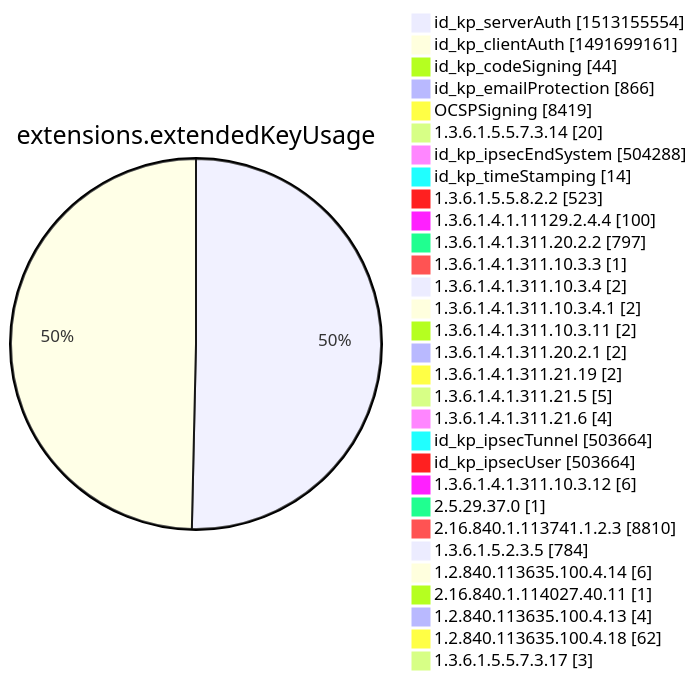
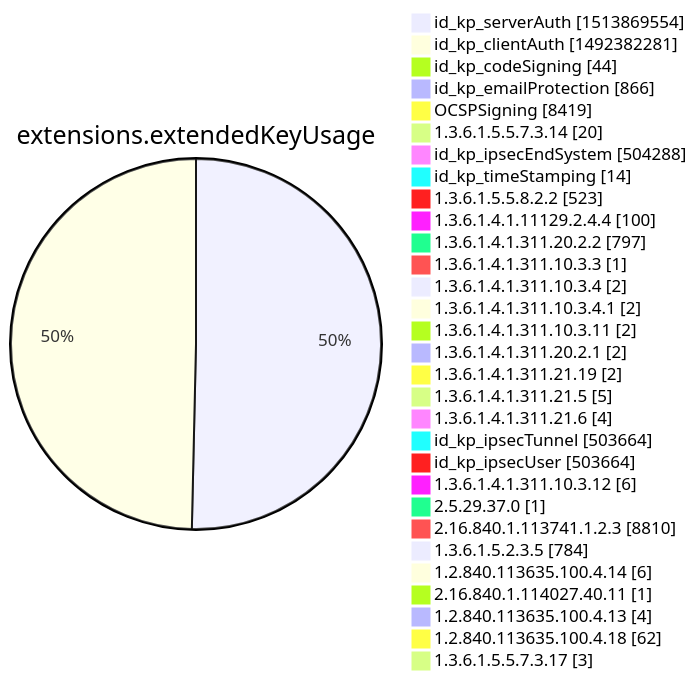
Before and after one commit to christiankrug/ctmonitor_visualization: diagram 12 of 15 in argon2022/README.md, drawn with Mermaid. The commit also changed other lines of this file, not shown here.

````diff
--- a/argon2022/README.md
+++ b/argon2022/README.md
@@ -3555,34 +3555,34 @@
 ```mermaid
 pie showData
 title extensions.extendedKeyUsage
-"id_kp_serverAuth" :1513155554
-"id_kp_clientAuth" :1491699161
+"id_kp_serverAuth" :1513869554
+"id_kp_clientAuth" :1492382281
 "id_kp_codeSigning" :44
 "id_kp_emailProtection" :866
 "OCSPSigning" :8419
 "1.3.6.1.5.5.7.3.14" :20
 "id_kp_ipsecEndSystem" :504288
 "id_kp_timeStamping" :14
 "1.3.6.1.5.5.8.2.2" :523
 "1.3.6.1.4.1.11129.2.4.4" :100
 "1.3.6.1.4.1.311.20.2.2" :797
 "1.3.6.1.4.1.311.10.3.3" :1
 "1.3.6.1.4.1.311.10.3.4" :2
 "1.3.6.1.4.1.311.10.3.4.1" :2
 "1.3.6.1.4.1.311.10.3.11" :2
 "1.3.6.1.4.1.311.20.2.1" :2
 "1.3.6.1.4.1.311.21.19" :2
 "1.3.6.1.4.1.311.21.5" :5
 "1.3.6.1.4.1.311.21.6" :4
 "id_kp_ipsecTunnel" :503664
 "id_kp_ipsecUser" :503664
 "1.3.6.1.4.1.311.10.3.12" :6
 "2.5.29.37.0" :1
 "2.16.840.1.113741.1.2.3" :8810
 "1.3.6.1.5.2.3.5" :784
 "1.2.840.113635.100.4.14" :6
 "2.16.840.1.114027.40.11" :1
 "1.2.840.113635.100.4.13" :4
 "1.2.840.113635.100.4.18" :62
 "1.3.6.1.5.5.7.3.17" :3
 ```
````
